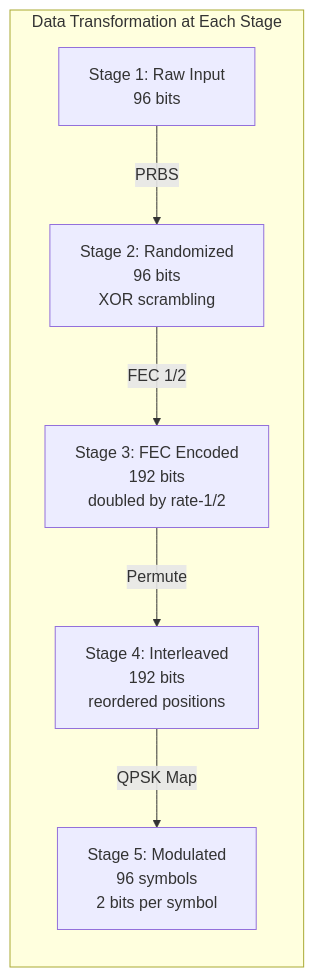
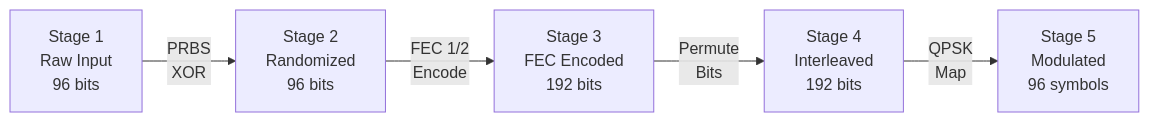
Before and after one commit to Johnny36000/ASIC_WIMAX_Project_Team_1: the second of 2 diagrams in README.md, drawn with Mermaid. The commit also changed other lines of this file and 34 other files, not shown here.

````diff
--- a/README.md
+++ b/README.md
@@ -82,17 +63,13 @@
 ```mermaid
-graph LR
-    subgraph StageView[Data Transformation at Each Stage]
-        direction TB
-        
-        S1[Stage 1: Raw Input<br/>96 bits]
-        S2[Stage 2: Randomized<br/>96 bits<br/>XOR scrambling]
-        S3[Stage 3: FEC Encoded<br/>192 bits<br/>doubled by rate-1/2]
-        S4[Stage 4: Interleaved<br/>192 bits<br/>reordered positions]
-        S5[Stage 5: Modulated<br/>96 symbols<br/>2 bits per symbol]
-        
-        S1 -->|PRBS| S2
-        S2 -->|FEC 1/2| S3
-        S3 -->|Permute| S4
-        S4 -->|QPSK Map| S5
-    end
+flowchart LR
+    S1[Stage 1<br/>Raw Input<br/>96 bits]
+    S2[Stage 2<br/>Randomized<br/>96 bits]
+    S3[Stage 3<br/>FEC Encoded<br/>192 bits]
+    S4[Stage 4<br/>Interleaved<br/>192 bits]
+    S5[Stage 5<br/>Modulated<br/>96 symbols]
+    
+    S1 -->|PRBS<br/>XOR| S2
+    S2 -->|FEC 1/2<br/>Encode| S3
+    S3 -->|Permute<br/>Bits| S4
+    S4 -->|QPSK<br/>Map| S5
 ```
````
